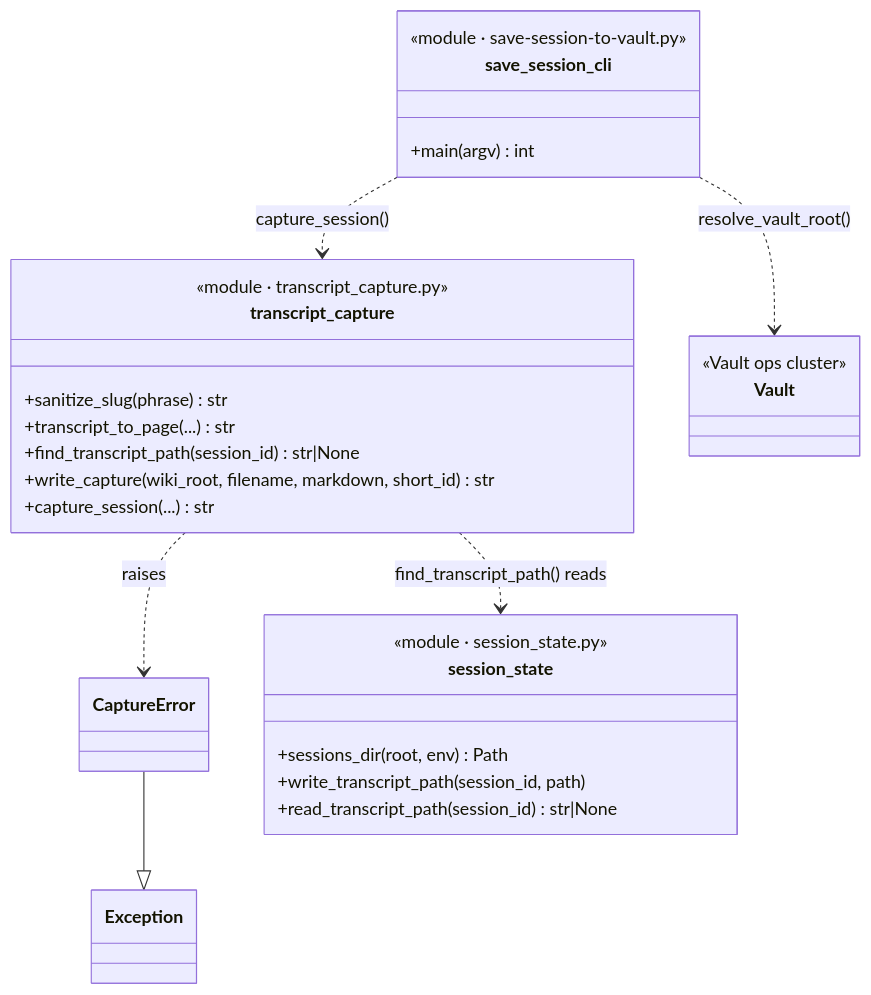
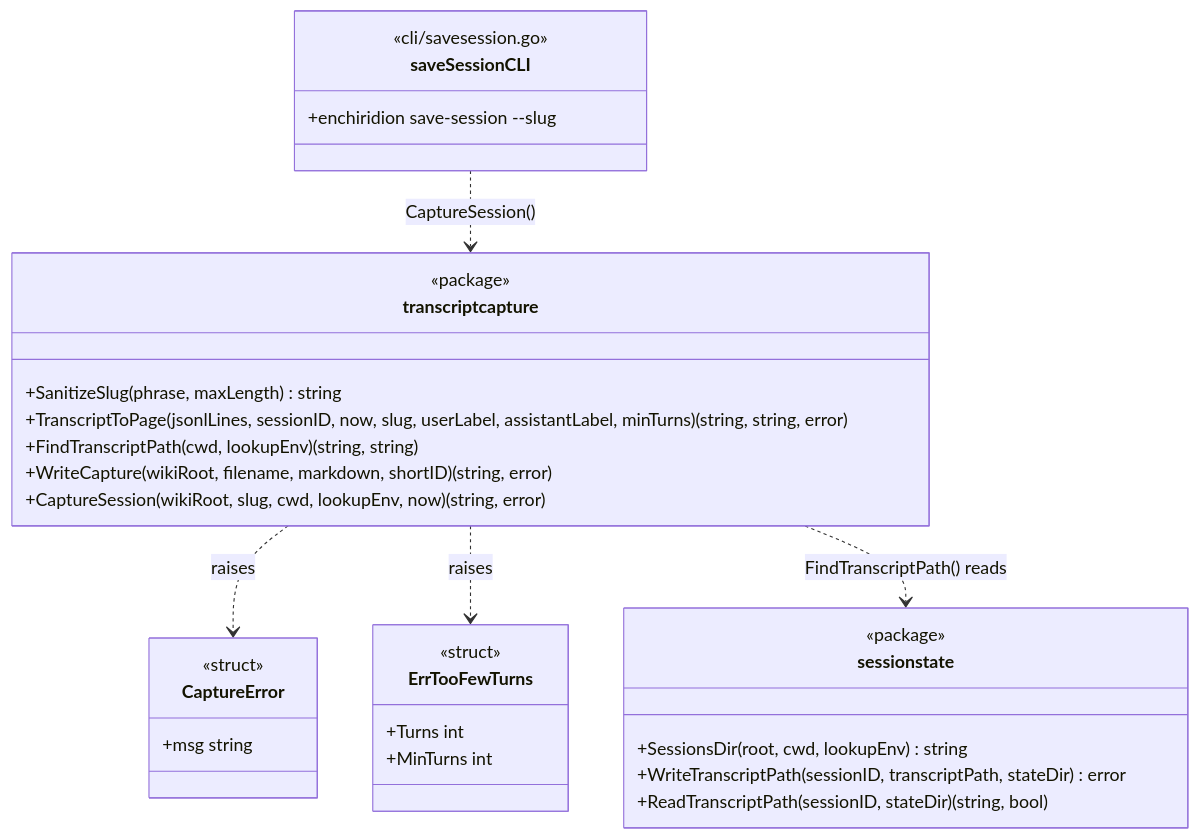
One commit to dhague/enchiridion changed the seventh of 9 diagrams in docs/architecture.md. Above: the diagram before and after it, drawn with Mermaid. The commit also changed other lines of this file and 1 other file, not shown here.

Commit message:
Redraw docs/architecture.md natively for Go (#191)

````diff
--- a/docs/architecture.md
+++ b/docs/architecture.md
@@ -410,31 +543,35 @@
 ```mermaid
 classDiagram
-    class transcript_capture {
-        <<module · transcript_capture.py>>
-        +sanitize_slug(phrase) str
-        +transcript_to_page(...) str
-        +find_transcript_path(session_id) str|None
-        +write_capture(wiki_root, filename, markdown, short_id) str
-        +capture_session(...) str
+    class transcriptcapture {
+        <<package>>
+        +SanitizeSlug(phrase, maxLength) string
+        +TranscriptToPage(jsonlLines, sessionID, now, slug, userLabel, assistantLabel, minTurns) (string, string, error)
+        +FindTranscriptPath(cwd, lookupEnv) (string, string)
+        +WriteCapture(wikiRoot, filename, markdown, shortID) (string, error)
+        +CaptureSession(wikiRoot, slug, cwd, lookupEnv, now) (string, error)
     }
-    class CaptureError
-    class session_state {
-        <<module · session_state.py>>
-        +sessions_dir(root, env) Path
-        +write_transcript_path(session_id, path)
-        +read_transcript_path(session_id) str|None
+    class ErrTooFewTurns {
+        <<struct>>
+        +Turns int
+        +MinTurns int
     }
-    class save_session_cli {
-        <<module · save-session-to-vault.py>>
-        +main(argv) int
+    class CaptureError {
+        <<struct>>
+        +msg string
     }
-    class Vault {
-        <<Vault ops cluster>>
+    class sessionstate {
+        <<package>>
+        +SessionsDir(root, cwd, lookupEnv) string
+        +WriteTranscriptPath(sessionID, transcriptPath, stateDir) error
+        +ReadTranscriptPath(sessionID, stateDir) (string, bool)
+    }
+    class saveSessionCLI {
+        <<cli/savesession.go>>
+        +enchiridion save-session --slug
     }
 
-    CaptureError --|> Exception
-    transcript_capture ..> CaptureError : raises
-    transcript_capture ..> session_state : find_transcript_path() reads
-    save_session_cli ..> transcript_capture : capture_session()
-    save_session_cli ..> Vault : resolve_vault_root()
+    transcriptcapture ..> CaptureError : raises
+    transcriptcapture ..> ErrTooFewTurns : raises
+    transcriptcapture ..> sessionstate : FindTranscriptPath() reads
+    saveSessionCLI ..> transcriptcapture : CaptureSession()
 ```
````
